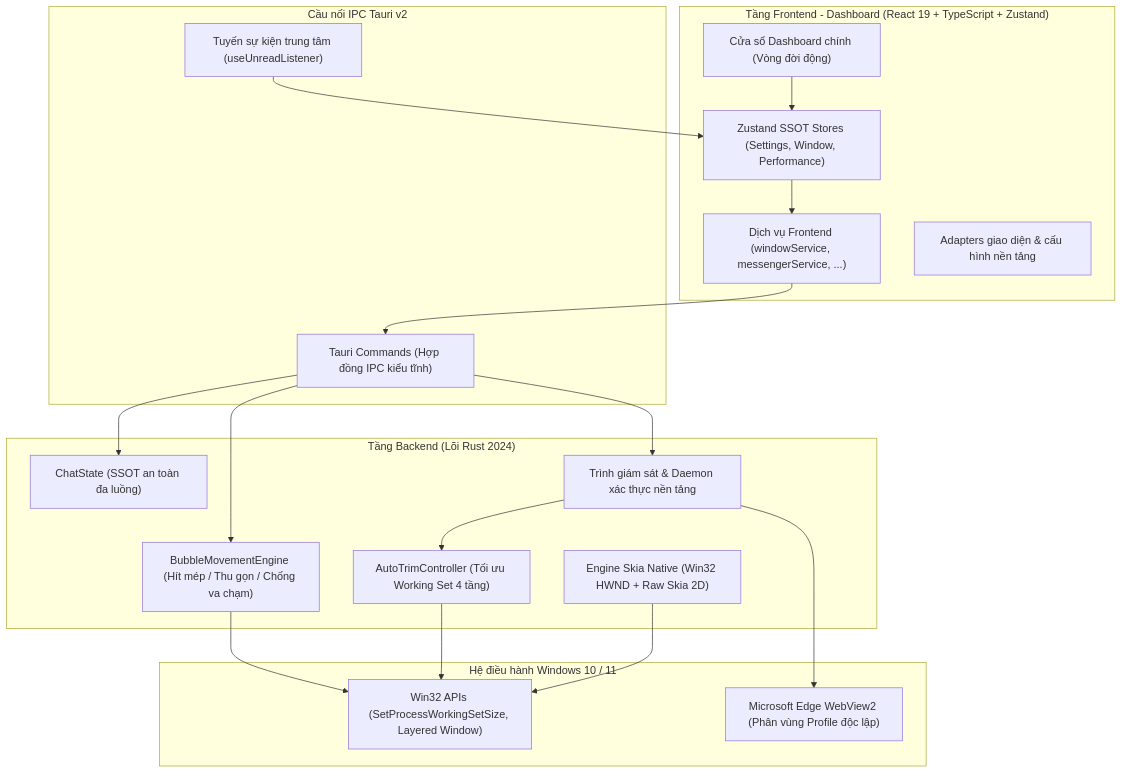
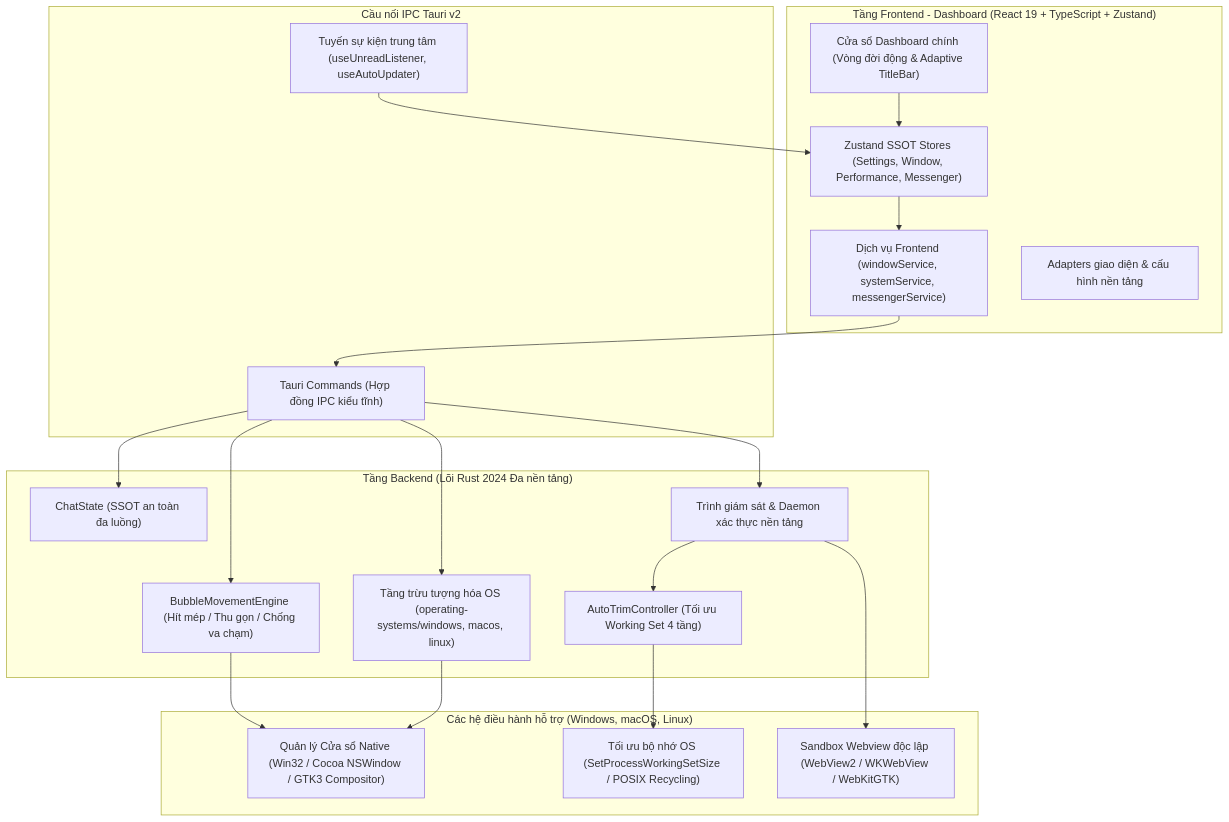
Before and after one commit to Lelequyngocquy/desktop-bubble-chat: the diagram in README.vi.md, drawn with Mermaid. The commit also changed other lines of this file and 1 other file, not shown here.

````diff
--- a/README.vi.md
+++ b/README.vi.md
@@ -96,42 +155,44 @@
 ```mermaid
 flowchart TD
     subgraph Frontend["Tầng Frontend - Dashboard (React 19 + TypeScript + Zustand)"]
-        UI["Cửa sổ Dashboard chính (Vòng đời động)"]
-        STORE["Zustand SSOT Stores (Settings, Window, Performance)"]
-        SERVICES["Dịch vụ Frontend (windowService, messengerService, ...)"]
+        UI["Cửa sổ Dashboard chính (Vòng đời động & Adaptive TitleBar)"]
+        STORE["Zustand SSOT Stores (Settings, Window, Performance, Messenger)"]
+        SERVICES["Dịch vụ Frontend (windowService, systemService, messengerService)"]
         FE_PLUG["Adapters giao diện & cấu hình nền tảng"]
     end
 
     subgraph IPC["Cầu nối IPC Tauri v2"]
         INVOKE["Tauri Commands (Hợp đồng IPC kiểu tĩnh)"]
-        EVENTS["Tuyến sự kiện trung tâm (useUnreadListener)"]
+        EVENTS["Tuyến sự kiện trung tâm (useUnreadListener, useAutoUpdater)"]
     end
 
-    subgraph Backend["Tầng Backend (Lõi Rust 2024)"]
+    subgraph Backend["Tầng Backend (Lõi Rust 2024 Đa nền tảng)"]
         STATE["ChatState (SSOT an toàn đa luồng)"]
         TRIM["AutoTrimController (Tối ưu Working Set 4 tầng)"]
         ENGINE["BubbleMovementEngine (Hít mép / Thu gọn / Chống va chạm)"]
-        SKIA["Engine Skia Native (Win32 HWND + Raw Skia 2D)"]
+        OS_HAL["Tầng trừu tượng hóa OS (operating-systems/windows, macos, linux)"]
         BE_PLUG["Trình giám sát & Daemon xác thực nền tảng"]
     end
 
-    subgraph OS["Hệ điều hành Windows 10 / 11"]
-        WIN32["Win32 APIs (SetProcessWorkingSetSize, Layered Window)"]
-        WV2["Microsoft Edge WebView2 (Phân vùng Profile độc lập)"]
+    subgraph OS["Các hệ điều hành hỗ trợ (Windows, macOS, Linux)"]
+        NATIVE_WIN["Quản lý Cửa sổ Native (Win32 / Cocoa NSWindow / GTK3 Compositor)"]
+        NATIVE_MEM["Tối ưu bộ nhớ OS (SetProcessWorkingSetSize / POSIX Recycling)"]
+        WEBVIEWS["Sandbox Webview độc lập (WebView2 / WKWebView / WebKitGTK)"]
     end
 
     UI --> STORE
     STORE --> SERVICES
     SERVICES --> INVOKE
     EVENTS --> STORE
 
     INVOKE --> STATE
     INVOKE --> ENGINE
+    INVOKE --> OS_HAL
     INVOKE --> BE_PLUG
 
     BE_PLUG --> TRIM
-    TRIM --> WIN32
-    ENGINE --> WIN32
-    SKIA --> WIN32
-    BE_PLUG --> WV2
+    TRIM --> NATIVE_MEM
+    ENGINE --> NATIVE_WIN
+    OS_HAL --> NATIVE_WIN
+    BE_PLUG --> WEBVIEWS
 ```
````
